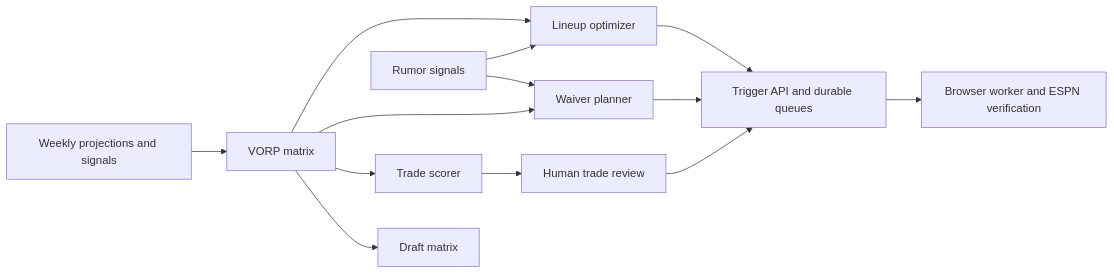
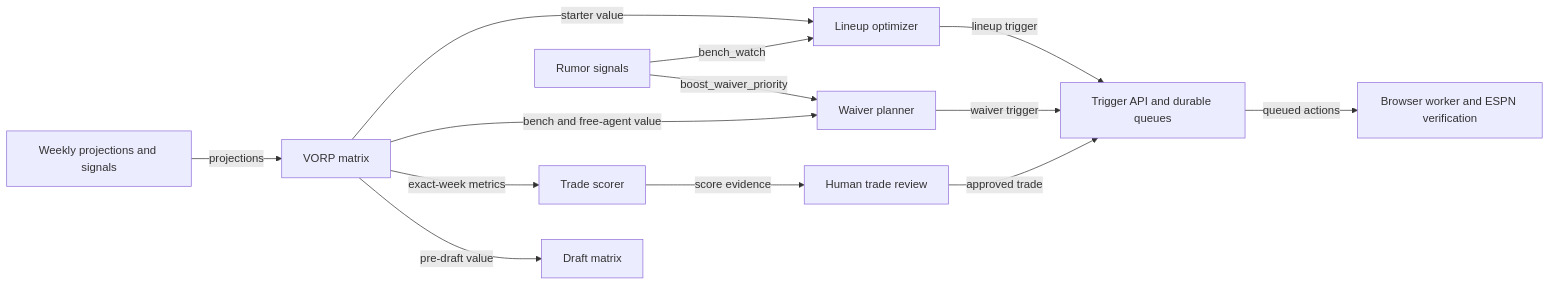
Before and after one commit to cvillarr23/fantasy-core-pipeline: the diagram in docs/decision-pipelines/index.md, drawn with Mermaid. The commit also changed other lines of this file and 14 other files, not shown here.

````diff
--- a/docs/decision-pipelines/index.md
+++ b/docs/decision-pipelines/index.md
@@ -9,15 +9,15 @@
 ```mermaid
 flowchart LR
-    P[Weekly projections and signals] --> V[VORP matrix]
-    V --> L[Lineup optimizer]
-    V --> W[Waiver planner]
-    V --> T[Trade scorer]
-    R[Rumor signals] --> L
-    R --> W
-    V --> D[Draft matrix]
-    L --> G[Trigger API and durable queues]
-    W --> G
-    T --> H[Human trade review]
-    H --> G
-    G --> E[Browser worker and ESPN verification]
+    P[Weekly projections and signals] -->|projections| V[VORP matrix]
+    V -->|starter value| L[Lineup optimizer]
+    V -->|bench and free-agent value| W[Waiver planner]
+    V -->|exact-week metrics| T[Trade scorer]
+    R[Rumor signals] -->|bench_watch| L
+    R -->|boost_waiver_priority| W
+    V -->|pre-draft value| D[Draft matrix]
+    L -->|lineup trigger| G[Trigger API and durable queues]
+    W -->|waiver trigger| G
+    T -->|score evidence| H[Human trade review]
+    H -->|approved trade| G
+    G -->|queued actions| E[Browser worker and ESPN verification]
 ```
````
